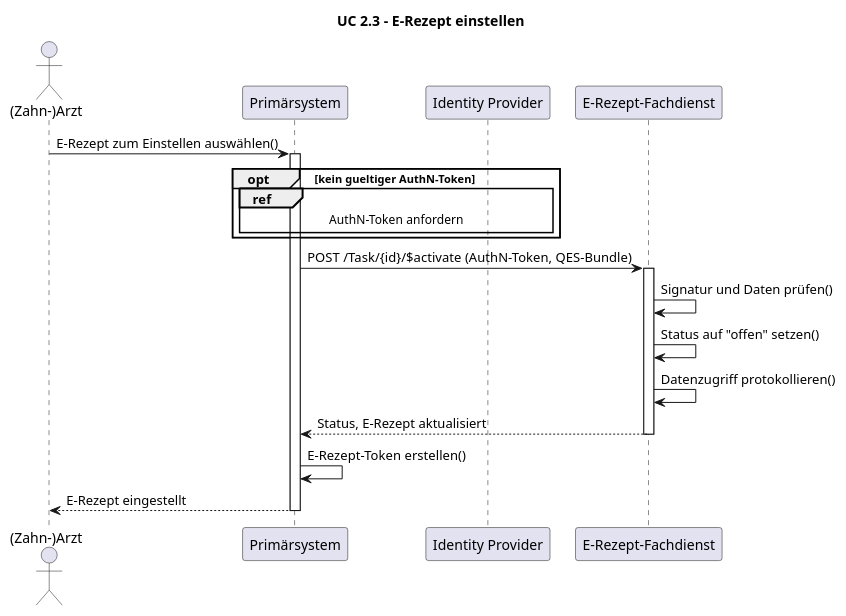
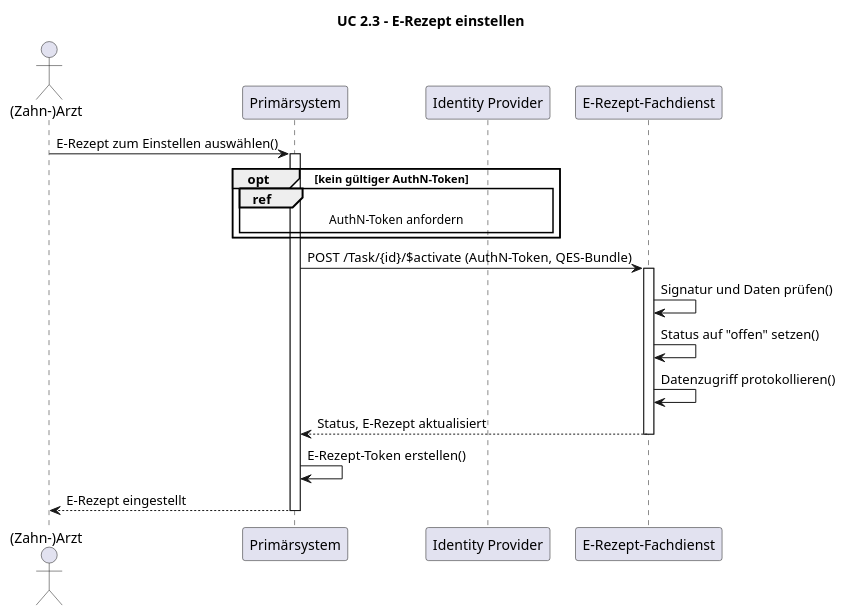
One commit to gematik/fhir-igs-workflow changed the diagram in igs/core/input/images-source/seq-uc-2-3-e-rezept-einstellen.plantuml. Above: the diagram before and after it, drawn with PlantUML. The commit also changed 17 other files, not shown here.

```diff
--- a/igs/core/input/images-source/seq-uc-2-3-e-rezept-einstellen.plantuml
+++ b/igs/core/input/images-source/seq-uc-2-3-e-rezept-einstellen.plantuml
@@ -1,28 +1,28 @@
 @startuml
 title UC 2.3 - E-Rezept einstellen
 
 actor "(Zahn-)Arzt" as Arzt
 participant "Primärsystem" as PS
 participant "Identity Provider" as IDP
 participant "E-Rezept-Fachdienst" as FD
 
 Arzt -> PS: E-Rezept zum Einstellen auswählen()
 activate PS
 
-opt kein gueltiger AuthN-Token
+opt kein gültiger AuthN-Token
   ref over PS, IDP: AuthN-Token anfordern
 end
 
 PS -> FD: POST /Task/{id}/$activate (AuthN-Token, QES-Bundle)
 activate FD
 FD -> FD: Signatur und Daten prüfen()
 FD -> FD: Status auf "offen" setzen()
 FD -> FD : Datenzugriff protokollieren()
 FD --> PS: Status, E-Rezept aktualisiert
 deactivate FD
 
 PS -> PS: E-Rezept-Token erstellen()
 PS --> Arzt: E-Rezept eingestellt
 deactivate PS
 
 @enduml
```
